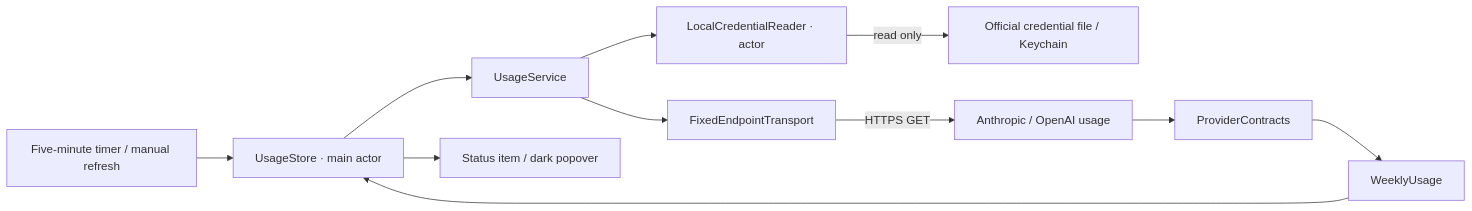
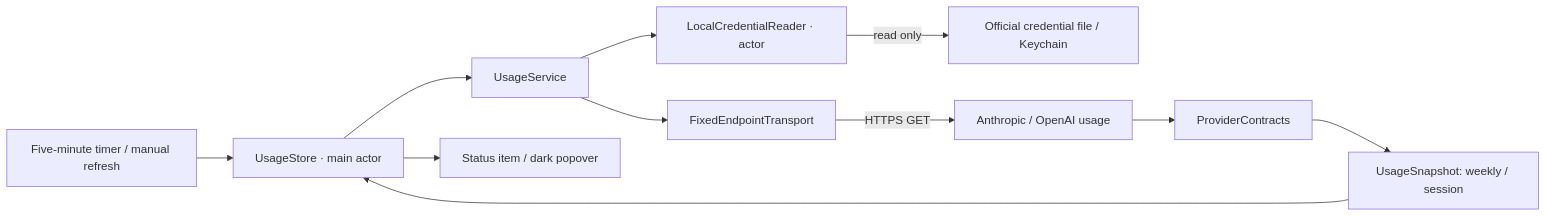
Before and after one commit to mgalli97/weeklet: the diagram in docs/architecture.md, drawn with Mermaid. The commit also changed other lines of this file and 29 other files, not shown here.

````diff
--- a/docs/architecture.md
+++ b/docs/architecture.md
@@ -11,13 +11,13 @@
 ```mermaid
 flowchart LR
     Timer[Five-minute timer / manual refresh] --> Store[UsageStore · main actor]
     Store --> Service[UsageService]
     Service --> Credentials[LocalCredentialReader · actor]
     Credentials -->|read only| Local[Official credential file / Keychain]
     Service --> Transport[FixedEndpointTransport]
     Transport -->|HTTPS GET| Provider[Anthropic / OpenAI usage]
     Provider --> Parse[ProviderContracts]
-    Parse --> Usage[WeeklyUsage]
+    Parse --> Usage[UsageSnapshot: weekly / session]
     Usage --> Store
     Store --> UI[Status item / dark popover]
 ```
````
